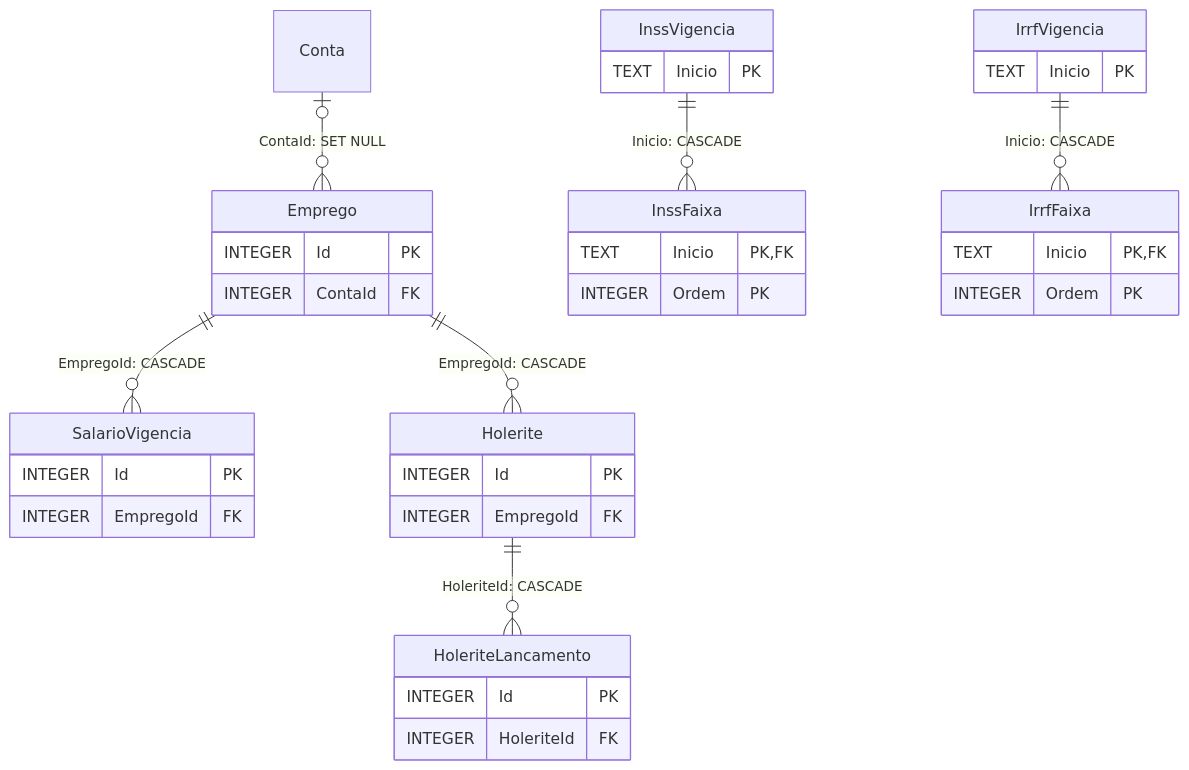
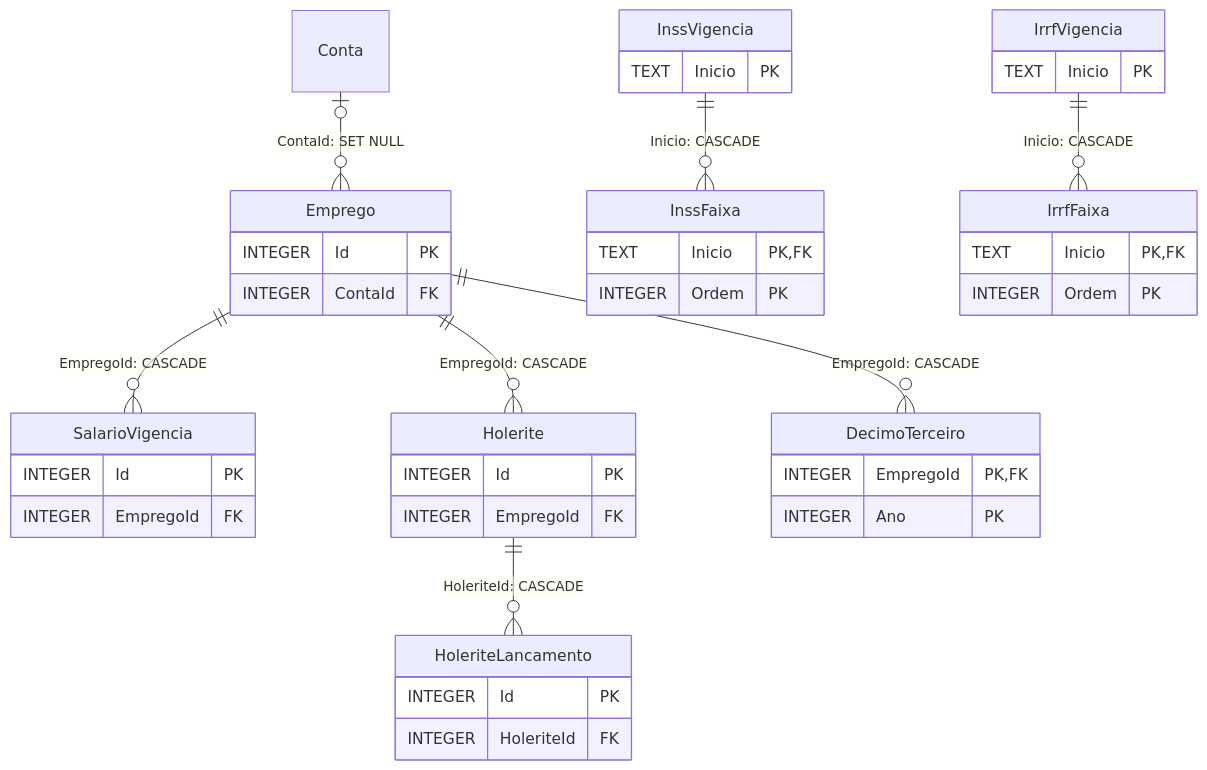
The eighth of 8 diagrams in docs/BANCO-DE-DADOS.md (LucasDesenvGit/financas-local), drawn with Mermaid before and after one commit. The commit also changed 36 other files, not shown here.

````diff
--- a/docs/BANCO-DE-DADOS.md
+++ b/docs/BANCO-DE-DADOS.md
@@ -205,39 +205,44 @@
 ```mermaid
 erDiagram
     Emprego {
         INTEGER Id PK
         INTEGER ContaId FK
     }
     SalarioVigencia {
         INTEGER Id PK
         INTEGER EmpregoId FK
     }
     InssVigencia {
         TEXT Inicio PK
     }
     InssFaixa {
         TEXT Inicio PK,FK
         INTEGER Ordem PK
     }
     IrrfVigencia {
         TEXT Inicio PK
     }
     IrrfFaixa {
         TEXT Inicio PK,FK
         INTEGER Ordem PK
     }
     Holerite {
         INTEGER Id PK
         INTEGER EmpregoId FK
     }
     HoleriteLancamento {
         INTEGER Id PK
         INTEGER HoleriteId FK
     }
+    DecimoTerceiro {
+        INTEGER EmpregoId PK,FK
+        INTEGER Ano PK
+    }
     Conta |o--o{ Emprego : "ContaId: SET NULL"
     Emprego ||--o{ SalarioVigencia : "EmpregoId: CASCADE"
     InssVigencia ||--o{ InssFaixa : "Inicio: CASCADE"
     IrrfVigencia ||--o{ IrrfFaixa : "Inicio: CASCADE"
     Emprego ||--o{ Holerite : "EmpregoId: CASCADE"
     Holerite ||--o{ HoleriteLancamento : "HoleriteId: CASCADE"
+    Emprego ||--o{ DecimoTerceiro : "EmpregoId: CASCADE"
 ```
````
